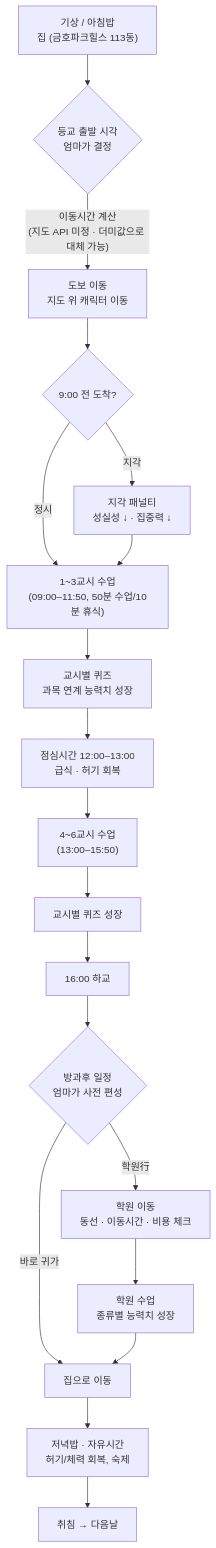
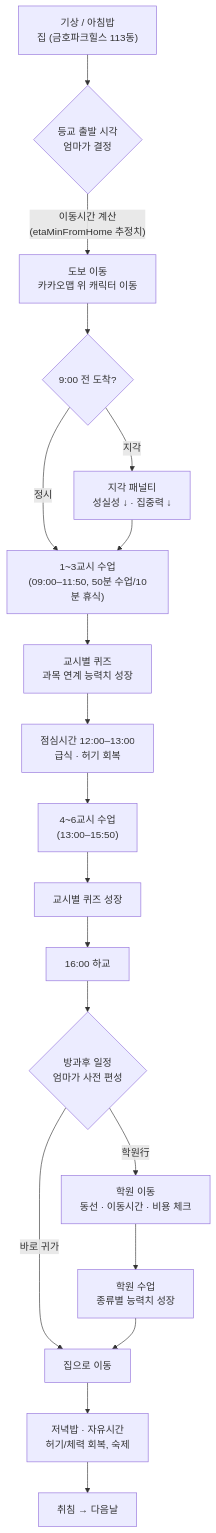
Before and after one commit to doheecho/Roymaker: the diagram in docs/design.md, drawn with Mermaid. The commit also changed other lines of this file and 1 other file, not shown here.

````diff
--- a/docs/design.md
+++ b/docs/design.md
@@ -23,21 +23,21 @@
 ```mermaid
 flowchart TD
   A["기상 / 아침밥<br/>집 (금호파크힐스 113동)"] --> B{"등교 출발 시각<br/>엄마가 결정"}
-  B -->|"이동시간 계산<br/>(지도 API 미정 · 더미값으로 대체 가능)"| C["도보 이동<br/>지도 위 캐릭터 이동"]
+  B -->|"이동시간 계산<br/>(etaMinFromHome 추정치)"| C["도보 이동<br/>카카오맵 위 캐릭터 이동"]
   C --> D{"9:00 전 도착?"}
   D -->|"지각"| E["지각 패널티<br/>성실성 ↓ · 집중력 ↓"]
   D -->|"정시"| F["1~3교시 수업<br/>(09:00–11:50, 50분 수업/10분 휴식)"]
   E --> F
   F --> G["교시별 퀴즈<br/>과목 연계 능력치 성장"]
   G --> H["점심시간 12:00–13:00<br/>급식 · 허기 회복"]
   H --> I["4~6교시 수업<br/>(13:00–15:50)"]
   I --> J["교시별 퀴즈 성장"]
   J --> K["16:00 하교"]
   K --> L{"방과후 일정<br/>엄마가 사전 편성"}
   L -->|"학원行"| M["학원 이동<br/>동선 · 이동시간 · 비용 체크"]
   L -->|"바로 귀가"| N["집으로 이동"]
   M --> O["학원 수업<br/>종류별 능력치 성장"]
   O --> N
   N --> P["저녁밥 · 자유시간<br/>허기/체력 회복, 숙제"]
   P --> Q["취침 → 다음날"]
 ```
````
